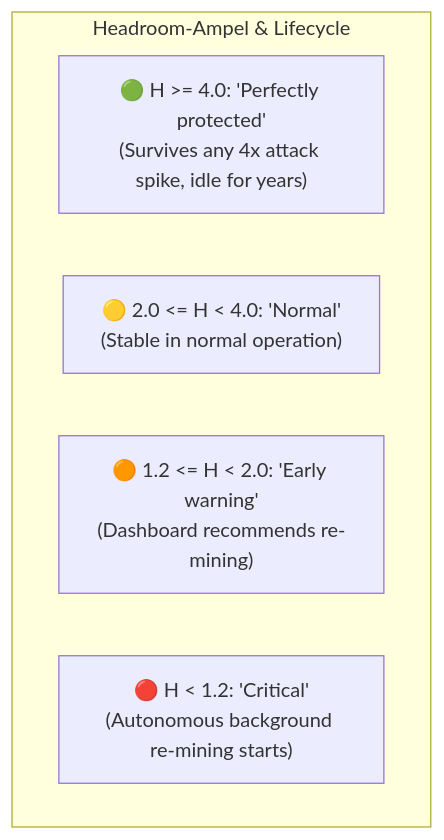
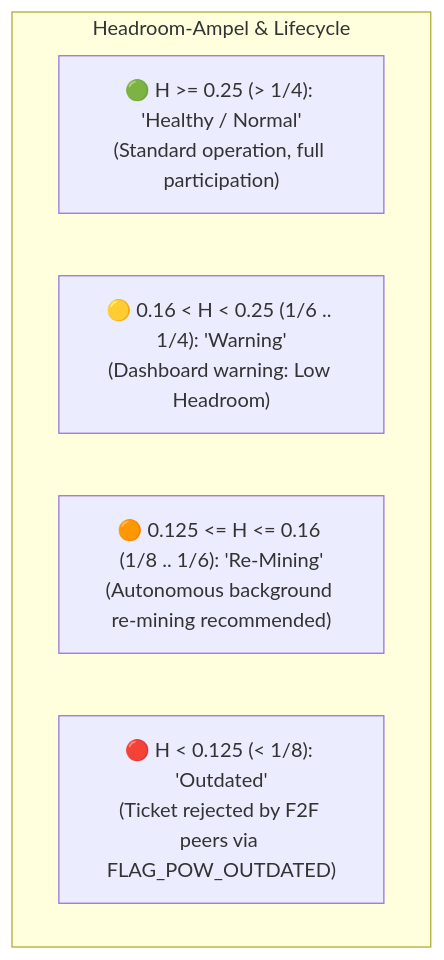
One commit to minutogit/human-money-node changed the first of 4 diagrams in docs/07_admission_und_wot_buergschaften.md. Above: the diagram before and after it, drawn with Mermaid. The commit also changed other lines of this file and 12 other files, not shown here.

First line of the commit message:
feat: implement 2-stage HRW ticket whitening, dynamic PoW headroom and monotonicity ratchet

````diff
--- a/docs/07_admission_und_wot_buergschaften.md
+++ b/docs/07_admission_und_wot_buergschaften.md
@@ -53,9 +53,9 @@
 ```mermaid
 flowchart TD
     subgraph Headroom-Ampel & Lifecycle
-        G["🟢 H >= 4.0: 'Perfectly protected'<br>(Survives any 4x attack spike, idle for years)"]
-        Y["🟡 2.0 <= H < 4.0: 'Normal'<br>(Stable in normal operation)"]
-        O["🟠 1.2 <= H < 2.0: 'Early warning'<br>(Dashboard recommends re-mining)"]
-        R["🔴 H < 1.2: 'Critical'<br>(Autonomous background re-mining starts)"]
+        G["🟢 H >= 0.25 (> 1/4): 'Healthy / Normal'<br>(Standard operation, full participation)"]
+        Y["🟡 0.16 < H < 0.25 (1/6 .. 1/4): 'Warning'<br>(Dashboard warning: Low Headroom)"]
+        O["🟠 0.125 <= H <= 0.16 (1/8 .. 1/6): 'Re-Mining'<br>(Autonomous background re-mining recommended)"]
+        R["🔴 H < 0.125 (< 1/8): 'Outdated'<br>(Ticket rejected by F2F peers via FLAG_POW_OUTDATED)"]
     end
 ```
````
